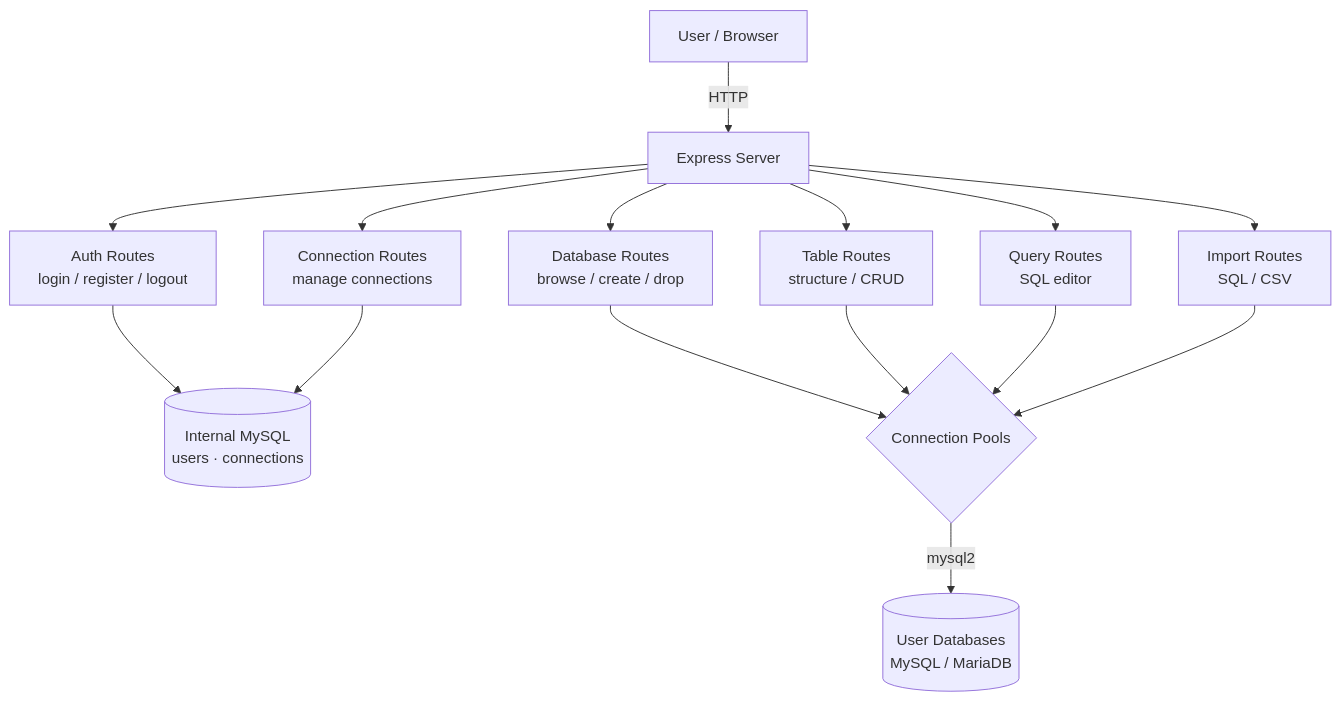
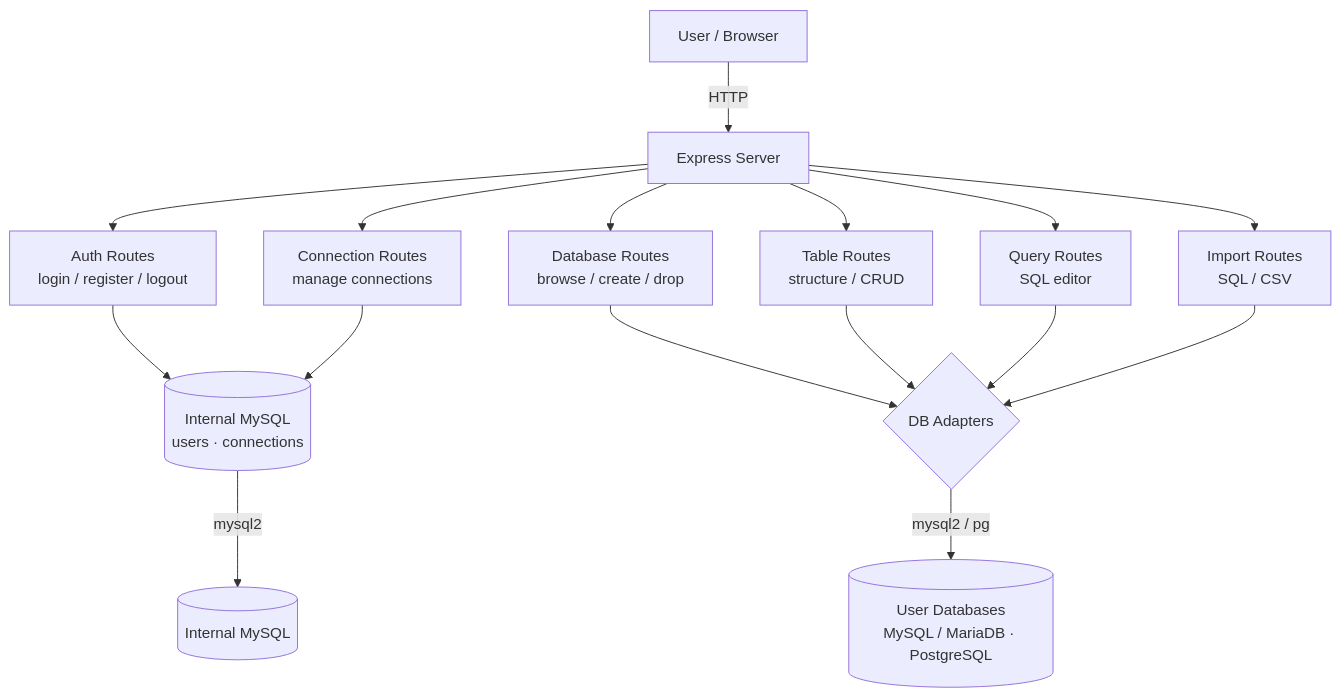
The diagram in README.md (mohit31kumar/DB-MANAGER), drawn with Mermaid before and after one commit. The commit also changed other lines of this file and 23 other files, not shown here.

Commit message:
feat: add PostgreSQL support alongside MySQL

````diff
--- a/README.md
+++ b/README.md
@@ -188,17 +207,18 @@
 ```mermaid
 flowchart TD
     User[User / Browser] -->|HTTP| Express[Express Server]
     Express --> Auth[Auth Routes\nlogin / register / logout]
     Express --> Conn[Connection Routes\nmanage connections]
     Express --> DB[Database Routes\nbrowse / create / drop]
     Express --> Table[Table Routes\nstructure / CRUD]
     Express --> Query[Query Routes\nSQL editor]
     Express --> Import[Import Routes\nSQL / CSV]
     Auth --> Store[(Internal MySQL\nusers · connections)]
     Conn --> Store
-    DB --> Pool{Connection Pools}
-    Table --> Pool
-    Query --> Pool
-    Import --> Pool
-    Pool -->|mysql2| Remote[(User Databases\nMySQL / MariaDB)]
+    DB --> Adapter{DB Adapters}
+    Table --> Adapter
+    Query --> Adapter
+    Import --> Adapter
+    Adapter -->|mysql2 / pg| Remote[(User Databases\nMySQL / MariaDB · PostgreSQL)]
+    Store -->|mysql2| Internal[(Internal MySQL)]
 ```
````
